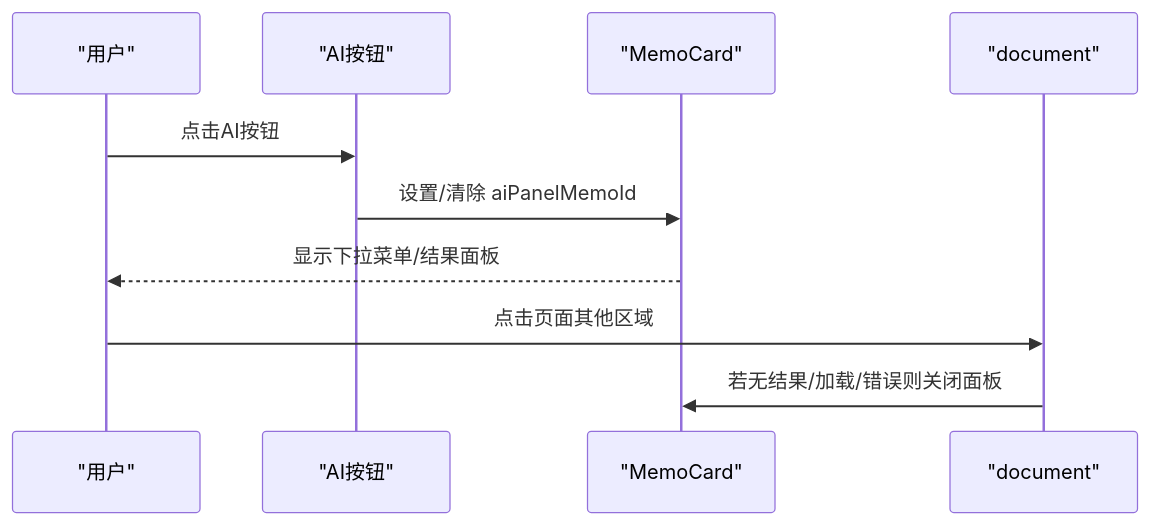
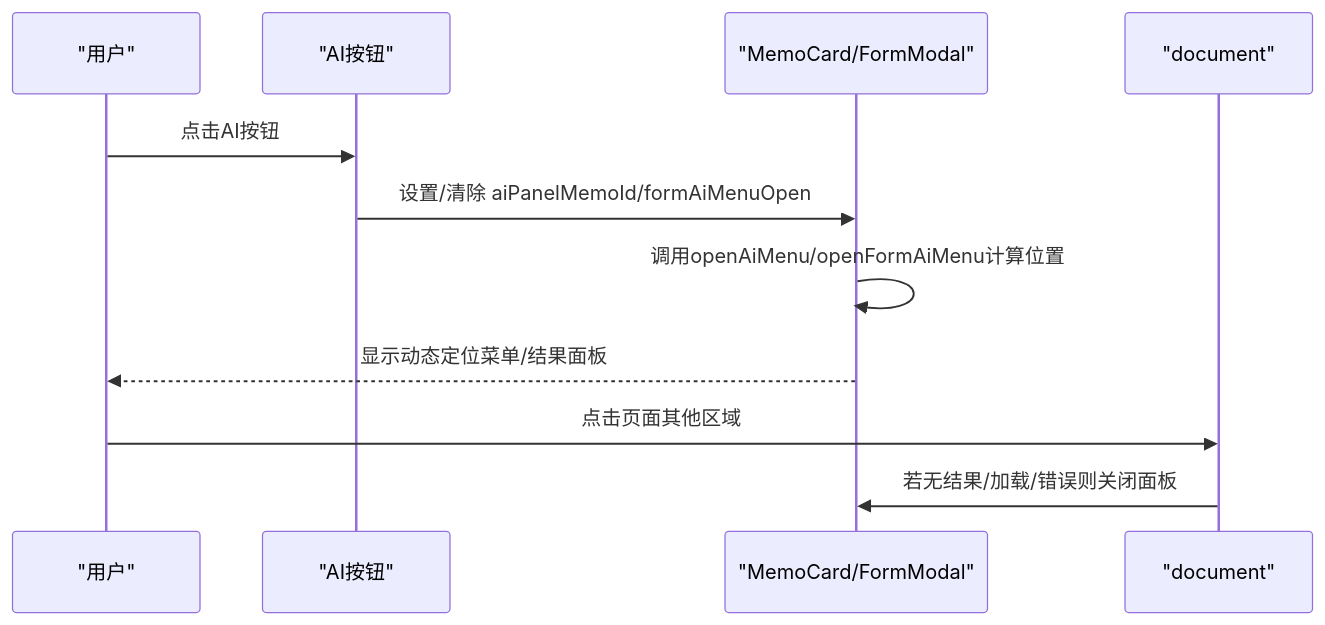
The fourth of 9 diagrams in .qoder/repowiki/zh/content/前端应用/Admin管理界面/AI工具箱集成.md (BlackBoxRecorder/memos), drawn with Mermaid before and after one commit. The commit also changed other lines of this file and 30 other files, not shown here.

````diff
--- a/.qoder/repowiki/zh/content/前端应用/Admin管理界面/AI工具箱集成.md
+++ b/.qoder/repowiki/zh/content/前端应用/Admin管理界面/AI工具箱集成.md
@@ -168,12 +185,13 @@
 ```mermaid
 sequenceDiagram
 participant U as "用户"
 participant BTN as "AI按钮"
-participant CARD as "MemoCard"
+participant CARD as "MemoCard/FormModal"
 participant DOC as "document"
 U->>BTN : 点击AI按钮
-BTN->>CARD : 设置/清除 aiPanelMemoId
-CARD-->>U : 显示下拉菜单/结果面板
+BTN->>CARD : 设置/清除 aiPanelMemoId/formAiMenuOpen
+CARD->>CARD : 调用openAiMenu/openFormAiMenu计算位置
+CARD-->>U : 显示动态定位菜单/结果面板
 U->>DOC : 点击页面其他区域
 DOC->>CARD : 若无结果/加载/错误则关闭面板
 ```
````
